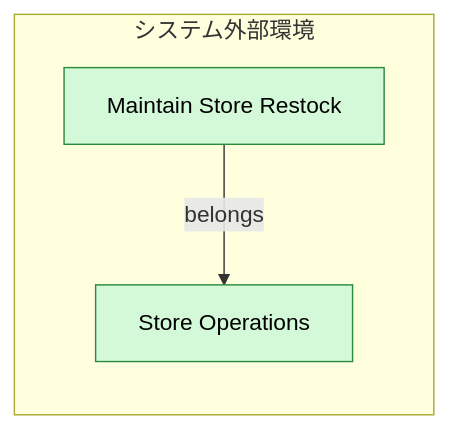
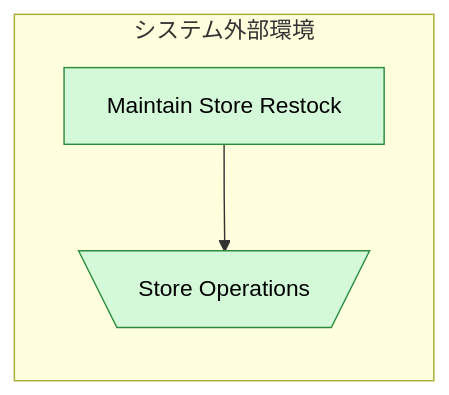
One commit to manji-0/rdra-ish-dsl changed the diagram in samples/incremental-order/step-0-scope/design.md. Above: the diagram before and after it, drawn with Mermaid. The commit also changed 95 other files, not shown here.

````diff
--- a/samples/incremental-order/step-0-scope/design.md
+++ b/samples/incremental-order/step-0-scope/design.md
@@ -46,16 +46,16 @@
 ```mermaid
 %% rdra-ish diagram=rdra scope=buc:BucStoreRestock model=samples/incremental-order/step-0-scope/src
 %% layers: environment=システム外部環境
 %% kinds: business buc
 %% omitted: (none)
 flowchart LR
   subgraph layer_environment["システム外部環境"]
-    business__StoreOperations["Store Operations"]:::business
+    business__StoreOperations[\"Store Operations"/]:::business
     %% desc business__StoreOperations: Store operations owns restock planning and store master maintenance.
     buc__BucStoreRestock["Maintain Store Restock"]:::buc
     %% desc buc__BucStoreRestock: Keep restock dates and store organization assignments operationally correct.
   end
-  buc__BucStoreRestock -->|belongs| business__StoreOperations
+  buc__BucStoreRestock --> business__StoreOperations
   classDef business fill:#d3f9d8,stroke:#2b8a3e,color:#000;
   classDef buc fill:#d3f9d8,stroke:#2b8a3e,color:#000;
 ```
````
